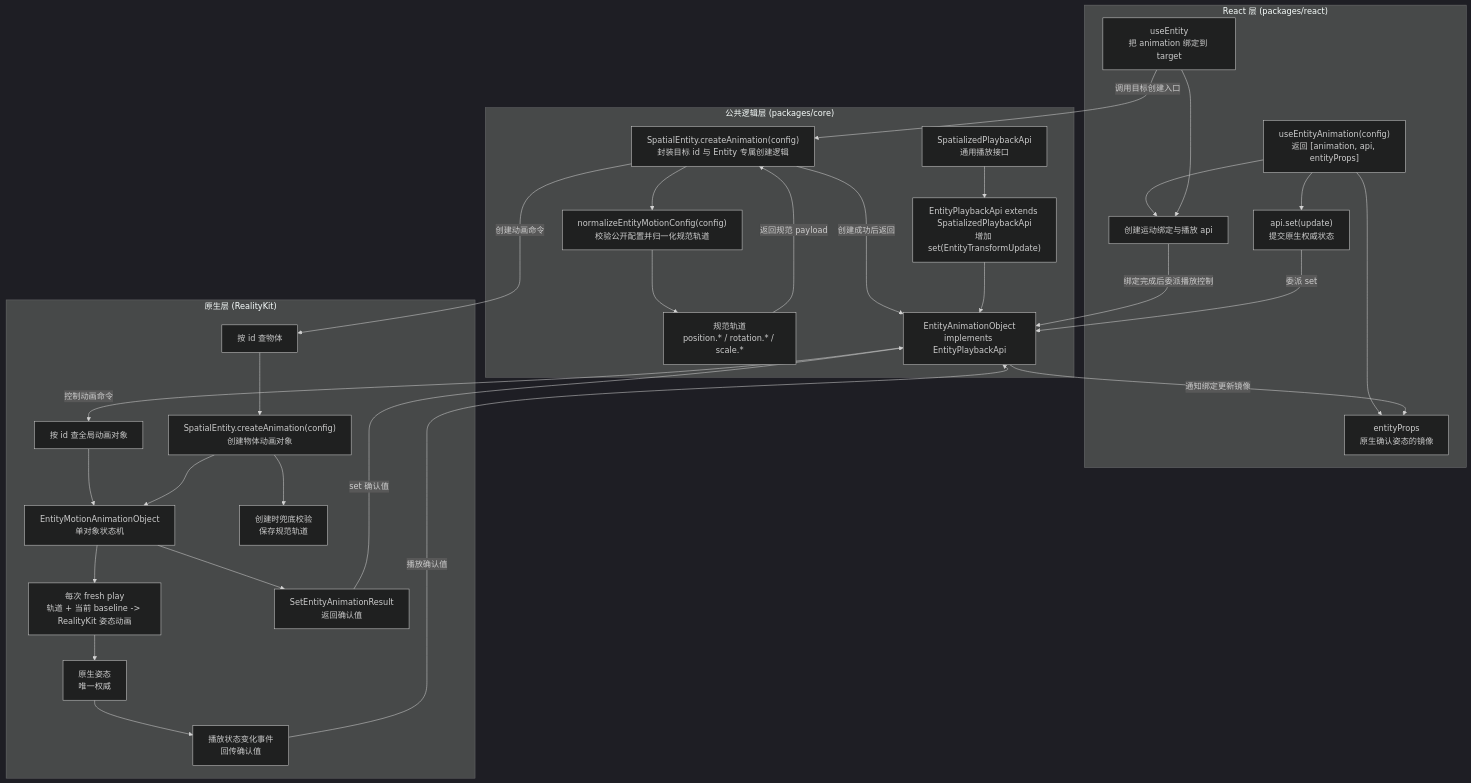
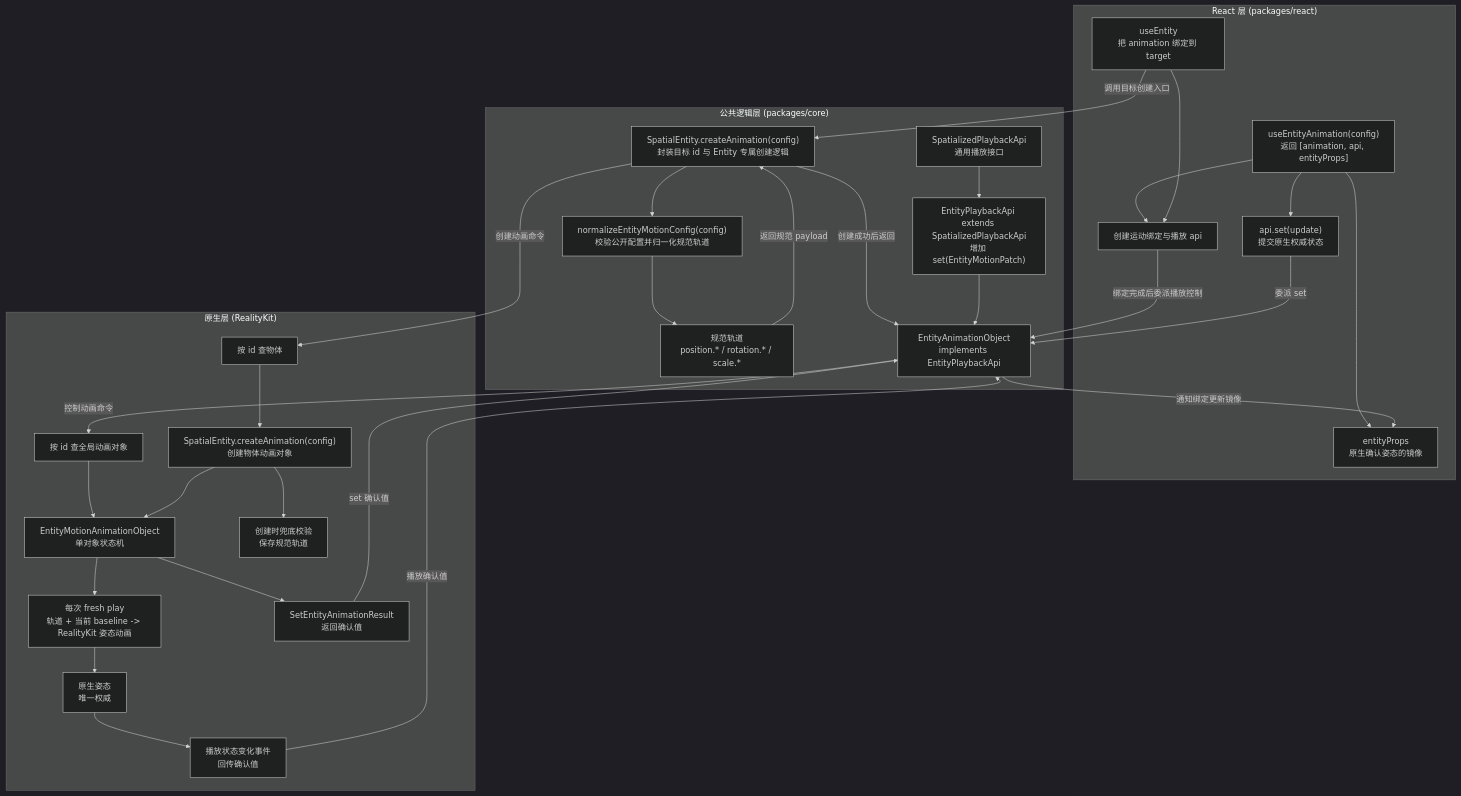
The first of 14 diagrams in openspec/changes/redesign-entity-motion-api/design.zh.md (webspatial/webspatial-sdk), drawn with Mermaid (dark theme) before and after one commit. The commit also changed other lines of this file and 7 other files, not shown here.

Commit message:
docs(openspec): align entity motion patch contract

````diff
--- a/openspec/changes/redesign-entity-motion-api/design.zh.md
+++ b/openspec/changes/redesign-entity-motion-api/design.zh.md
@@ -117,61 +117,61 @@
 ```mermaid
 flowchart TB
     subgraph React["React 层 (packages/react)"]
         UseEntity["useEntityAnimation(config)<br/>返回 [animation, api, entityProps]"]
         ReactBinding["创建运动绑定与播放 api"]
         EntityProps["entityProps<br/>原生确认姿态的镜像"]
         ApiSet["api.set(update)<br/>提交原生权威状态"]
         BindTarget["useEntity<br/>把 animation 绑定到 target"]
 
         UseEntity --> ReactBinding
         UseEntity --> EntityProps
         UseEntity --> ApiSet
         BindTarget --> ReactBinding
     end
 
     subgraph Core["公共逻辑层 (packages/core)"]
         EntityCreate["SpatialEntity.createAnimation(config)<br/>封装目标 id 与 Entity 专属创建逻辑"]
         Normalize["normalizeEntityMotionConfig(config)<br/>校验公开配置并归一化规范轨道"]
         Tracks["规范轨道<br/>position.* / rotation.* / scale.*"]
         PlaybackApi["SpatializedPlaybackApi<br/>通用播放接口"]
-        EntityApi["EntityPlaybackApi extends SpatializedPlaybackApi<br/>增加 set(EntityTransformUpdate)"]
+        EntityApi["EntityPlaybackApi extends SpatializedPlaybackApi<br/>增加 set(EntityMotionPatch)"]
         CoreAnimationObject["EntityAnimationObject<br/>implements EntityPlaybackApi"]
 
         EntityCreate --> Normalize
         Normalize --> Tracks
         Tracks -->|"返回规范 payload"| EntityCreate
         EntityCreate -->|"创建成功后返回"| CoreAnimationObject
         PlaybackApi --> EntityApi
         EntityApi --> CoreAnimationObject
     end
 
     subgraph Native["原生层 (RealityKit)"]
         Resolve["按 id 查物体"]
         ResolveAnimation["按 id 查全局动画对象"]
         EntityCreateNative["SpatialEntity.createAnimation(config)<br/>创建物体动画对象"]
         AnimationObject["EntityMotionAnimationObject<br/>单对象状态机"]
         NativeValidate["创建时兜底校验<br/>保存规范轨道"]
         Compile["每次 fresh play<br/>轨道 + 当前 baseline -> RealityKit 姿态动画"]
         Authority["原生姿态<br/>唯一权威"]
         Event["播放状态变化事件<br/>回传确认值"]
         SetResult["SetEntityAnimationResult<br/>返回确认值"]
 
         Resolve --> EntityCreateNative
         ResolveAnimation --> AnimationObject
         EntityCreateNative --> NativeValidate
         EntityCreateNative --> AnimationObject
         AnimationObject --> Compile
         Compile --> Authority
         Authority --> Event
         AnimationObject --> SetResult
     end
 
     BindTarget -->|"调用目标创建入口"| EntityCreate
     ReactBinding -->|"绑定完成后委派播放控制"| CoreAnimationObject
     ApiSet -->|"委派 set"| CoreAnimationObject
     EntityCreate -->|"创建动画命令"| Resolve
     CoreAnimationObject -->|"控制动画命令"| ResolveAnimation
     Event -->|"播放确认值"| CoreAnimationObject
     SetResult -->|"set 确认值"| CoreAnimationObject
     CoreAnimationObject -->|"通知绑定更新镜像"| EntityProps
 ```
````
